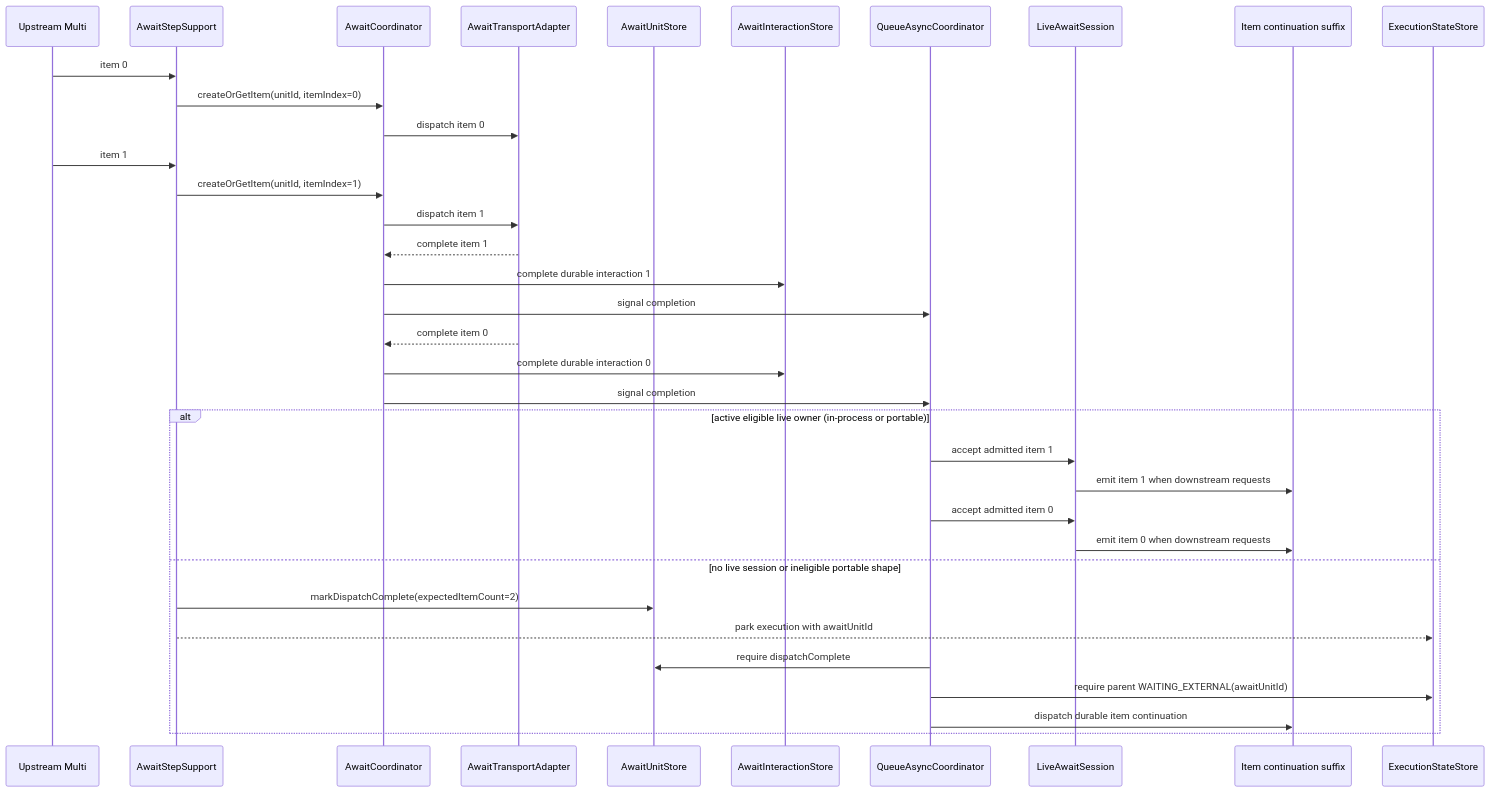
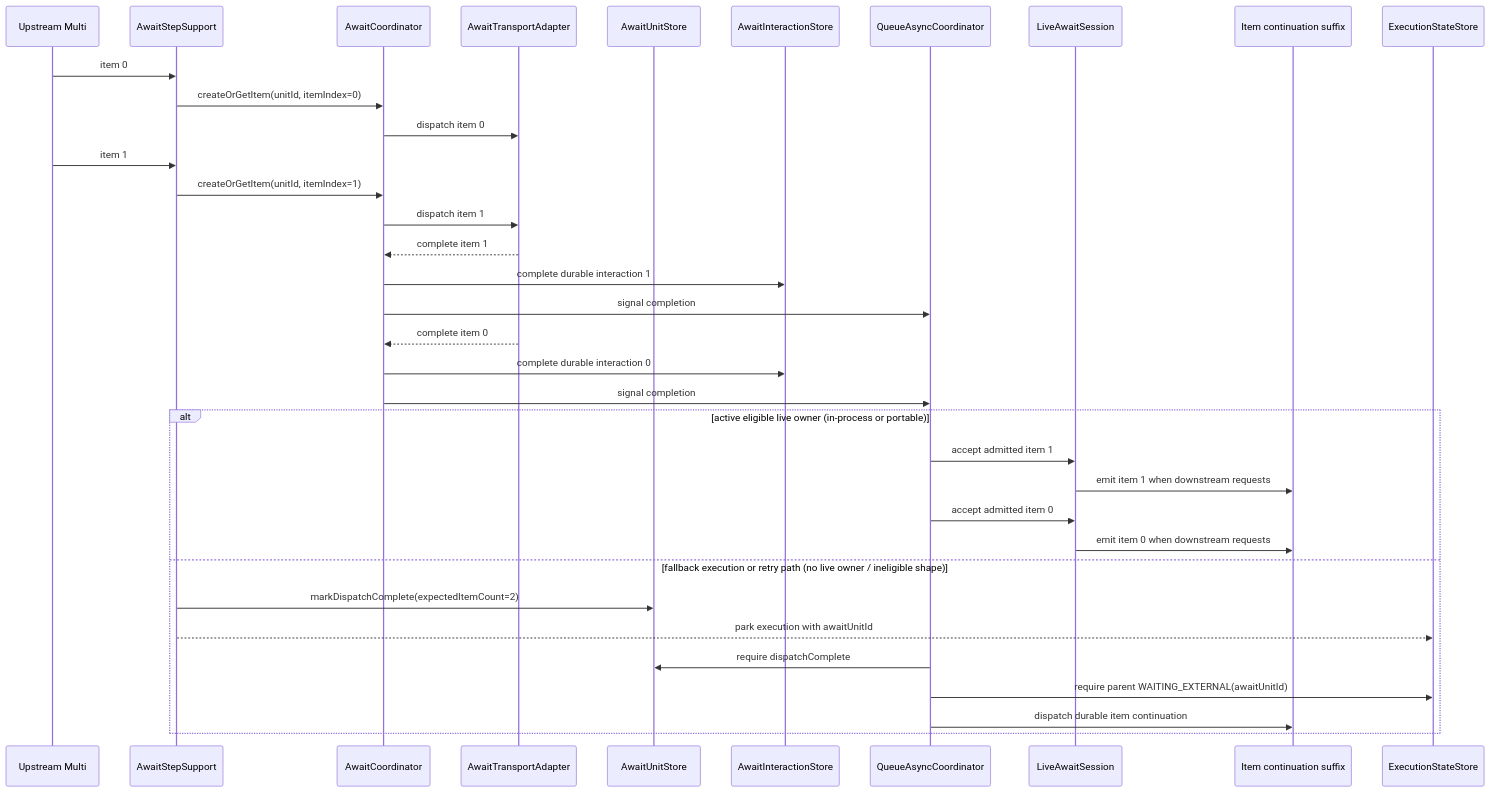
One commit to The-Pipeline-Framework/pipelineframework changed the second of 11 diagrams in docs/evolve/await-unit-runtime/sequences.md. Above: the diagram before and after it, drawn with Mermaid. The commit also changed 1 other file, not shown here.

Commit message:
Align await docs with live-first semantics

````diff
--- a/docs/evolve/await-unit-runtime/sequences.md
+++ b/docs/evolve/await-unit-runtime/sequences.md
@@ -37,38 +37,38 @@
 ```mermaid
 sequenceDiagram
     participant Source as Upstream Multi
     participant Step as AwaitStepSupport
     participant Coord as AwaitCoordinator
     participant Adapter as AwaitTransportAdapter
     participant UnitStore as AwaitUnitStore
     participant InteractionStore as AwaitInteractionStore
     participant Queue as QueueAsyncCoordinator
     participant Live as LiveAwaitSession
     participant Suffix as Item continuation suffix
     participant ExecStore as ExecutionStateStore
 
     Source->>Step: item 0
     Step->>Coord: createOrGetItem(unitId, itemIndex=0)
     Coord->>Adapter: dispatch item 0
     Source->>Step: item 1
     Step->>Coord: createOrGetItem(unitId, itemIndex=1)
     Coord->>Adapter: dispatch item 1
     Adapter-->>Coord: complete item 1
     Coord->>InteractionStore: complete durable interaction 1
     Coord->>Queue: signal completion
     Adapter-->>Coord: complete item 0
     Coord->>InteractionStore: complete durable interaction 0
     Coord->>Queue: signal completion
     alt active eligible live owner (in-process or portable)
       Queue->>Live: accept admitted item 1
       Live->>Suffix: emit item 1 when downstream requests
       Queue->>Live: accept admitted item 0
       Live->>Suffix: emit item 0 when downstream requests
-    else no live session or ineligible portable shape
+    else fallback execution or retry path (no live owner / ineligible shape)
       Step->>UnitStore: markDispatchComplete(expectedItemCount=2)
       Step-->>ExecStore: park execution with awaitUnitId
       Queue->>UnitStore: require dispatchComplete
       Queue->>ExecStore: require parent WAITING_EXTERNAL(awaitUnitId)
       Queue->>Suffix: dispatch durable item continuation
     end
 ```
````
